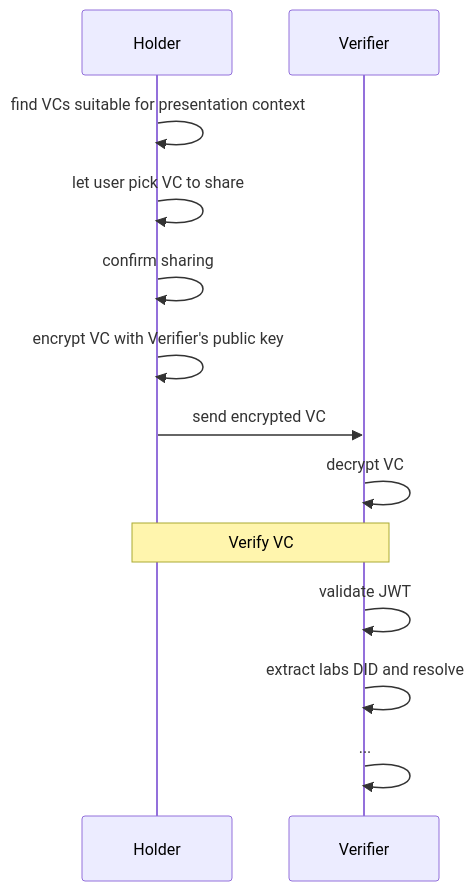
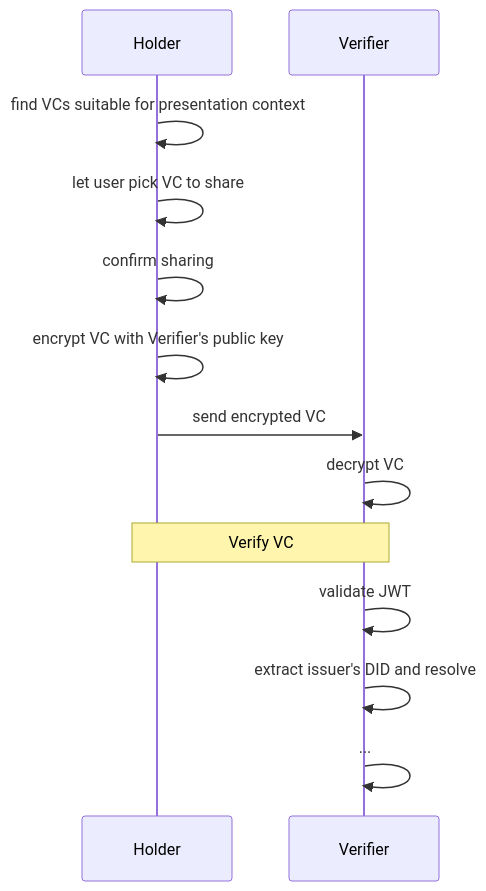
The fourth of 4 diagrams in docs/index.md (smart-on-fhir/health-cards), drawn with Mermaid before and after one commit. The commit also changed other lines of this file, not shown here.

First line of the commit message:
Generalize 'Lab' to 'Issuer' to fix #51 (#55)

````diff
--- a/docs/index.md
+++ b/docs/index.md
@@ -600,17 +598,17 @@
 ```mermaid
 sequenceDiagram
 participant Holder
 participant Verifier
 
 Holder ->> Holder: find VCs suitable for presentation context
 Holder ->> Holder: let user pick VC to share
 Holder ->> Holder: confirm sharing
 Holder ->> Holder: encrypt VC with Verifier's public key
 Holder ->> Verifier: send encrypted VC
 Verifier ->> Verifier: decrypt VC
 
 note over Holder, Verifier: Verify VC
 Verifier ->> Verifier: validate JWT
-Verifier ->> Verifier: extract labs DID and resolve
+Verifier ->> Verifier: extract issuer's DID and resolve
 Verifier ->> Verifier: ...
 ```
````
